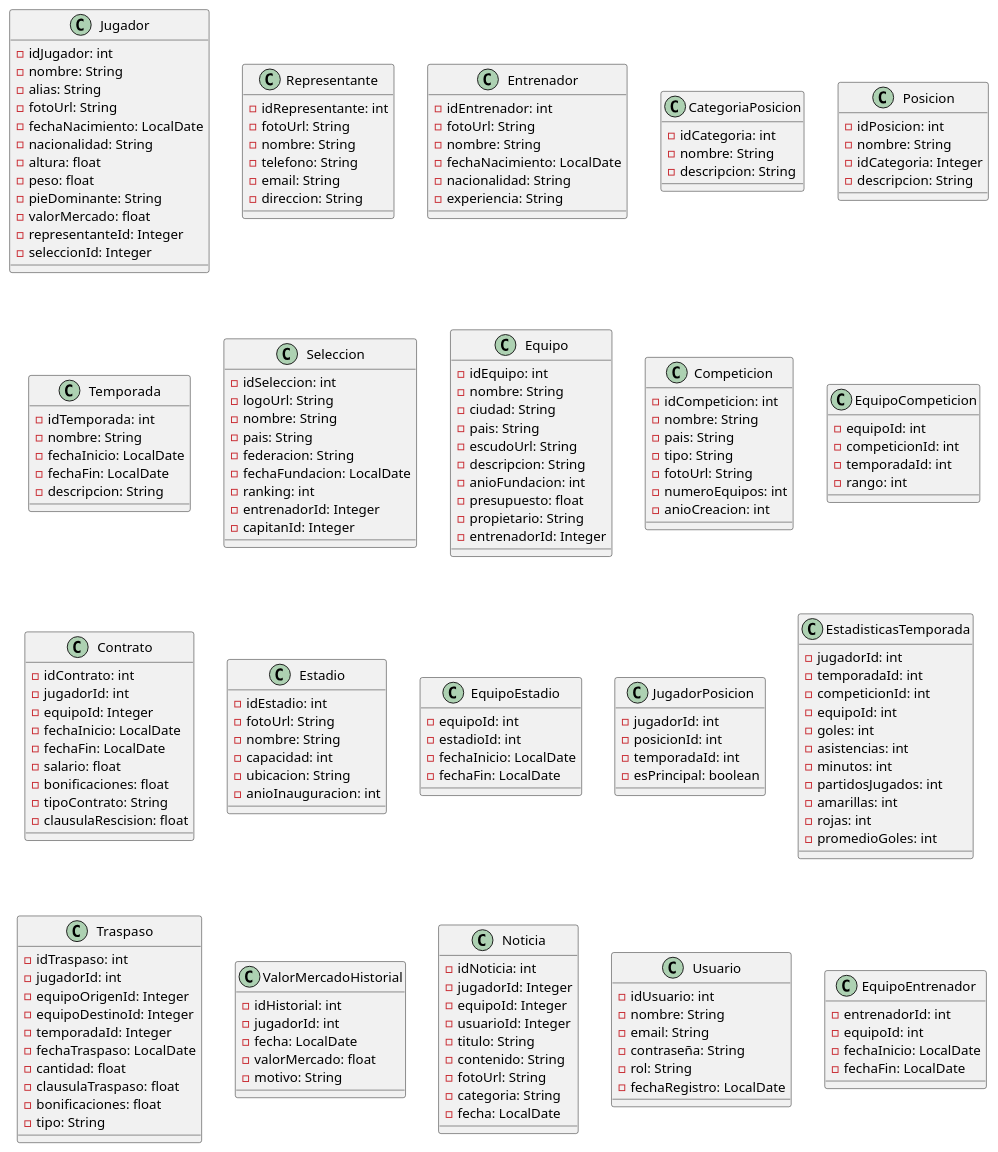
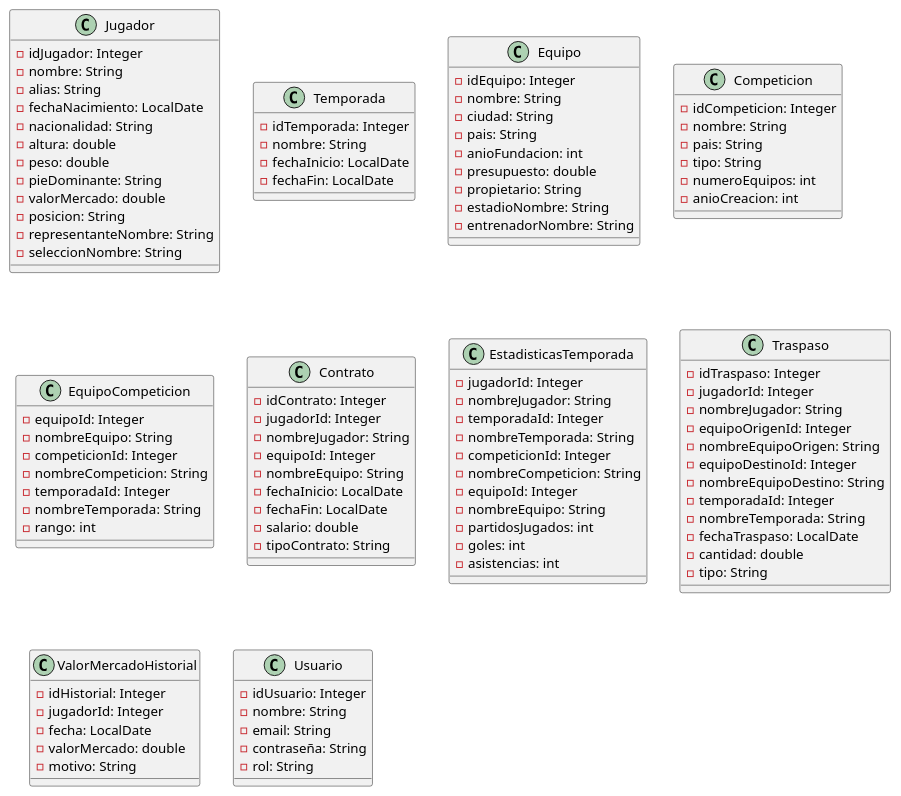
The diagram in trasnferdaw/design/diagramas/diagrama_de_clases/ClasesEntities.pu (IR-Play88/TransferDAW), drawn with PlantUML before and after one commit. The commit also changed 180 other files, not shown here.

```diff
--- a/trasnferdaw/design/diagramas/diagrama_de_clases/ClasesEntities.pu
+++ b/trasnferdaw/design/diagramas/diagrama_de_clases/ClasesEntities.pu
@@ -1,197 +1,114 @@
 @startuml entities
 
 class Jugador {
-    - idJugador: int
+    - idJugador: Integer
     - nombre: String
     - alias: String
-    - fotoUrl: String
     - fechaNacimiento: LocalDate
     - nacionalidad: String
-    - altura: float
-    - peso: float
+    - altura: double
+    - peso: double
     - pieDominante: String
-    - valorMercado: float
-    - representanteId: Integer
-    - seleccionId: Integer
-}
-
-class Representante {
-    - idRepresentante: int
-    - fotoUrl: String
-    - nombre: String
-    - telefono: String
-    - email: String
-    - direccion: String
-}
-
-class Entrenador {
-    - idEntrenador: int
-    - fotoUrl: String
-    - nombre: String
-    - fechaNacimiento: LocalDate
-    - nacionalidad: String
-    - experiencia: String
-}
-
-class CategoriaPosicion {
-    - idCategoria: int
-    - nombre: String
-    - descripcion: String
-}
-
-class Posicion {
-    - idPosicion: int
-    - nombre: String
-    - idCategoria: Integer
-    - descripcion: String
+    - valorMercado: double
+    - posicion: String
+    - representanteNombre: String
+    - seleccionNombre: String
 }
 
 class Temporada {
-    - idTemporada: int
+    - idTemporada: Integer
     - nombre: String
     - fechaInicio: LocalDate
     - fechaFin: LocalDate
-    - descripcion: String
-}
-
-class Seleccion {
-    - idSeleccion: int
-    - logoUrl: String
-    - nombre: String
-    - pais: String
-    - federacion: String
-    - fechaFundacion: LocalDate
-    - ranking: int
-    - entrenadorId: Integer
-    - capitanId: Integer
 }
 
 class Equipo {
-    - idEquipo: int
+    - idEquipo: Integer
     - nombre: String
     - ciudad: String
     - pais: String
-    - escudoUrl: String
-    - descripcion: String
     - anioFundacion: int
-    - presupuesto: float
+    - presupuesto: double
     - propietario: String
-    - entrenadorId: Integer
+    - estadioNombre: String
+    - entrenadorNombre: String
 }
 
 class Competicion {
-    - idCompeticion: int
+    - idCompeticion: Integer
     - nombre: String
     - pais: String
     - tipo: String
-    - fotoUrl: String
     - numeroEquipos: int
     - anioCreacion: int
 }
 
 class EquipoCompeticion {
-    - equipoId: int
-    - competicionId: int
-    - temporadaId: int
+    - equipoId: Integer
+    - nombreEquipo: String
+    - competicionId: Integer
+    - nombreCompeticion: String
+    - temporadaId: Integer
+    - nombreTemporada: String
     - rango: int
 }
 
 class Contrato {
-    - idContrato: int
-    - jugadorId: int
+    - idContrato: Integer
+    - jugadorId: Integer
+    - nombreJugador: String
     - equipoId: Integer
+    - nombreEquipo: String
     - fechaInicio: LocalDate
     - fechaFin: LocalDate
-    - salario: float
-    - bonificaciones: float
+    - salario: double
     - tipoContrato: String
-    - clausulaRescision: float
-}
-
-class Estadio {
-    - idEstadio: int
-    - fotoUrl: String
-    - nombre: String
-    - capacidad: int
-    - ubicacion: String
-    - anioInauguracion: int
-}
-
-class EquipoEstadio {
-    - equipoId: int
-    - estadioId: int
-    - fechaInicio: LocalDate
-    - fechaFin: LocalDate
-}
-
-class JugadorPosicion {
-    - jugadorId: int
-    - posicionId: int
-    - temporadaId: int
-    - esPrincipal: boolean
 }
 
 class EstadisticasTemporada {
-    - jugadorId: int
-    - temporadaId: int
-    - competicionId: int
-    - equipoId: int
+    - jugadorId: Integer
+    - nombreJugador: String
+    - temporadaId: Integer
+    - nombreTemporada: String
+    - competicionId: Integer
+    - nombreCompeticion: String
+    - equipoId: Integer
+    - nombreEquipo: String
+    - partidosJugados: int
     - goles: int
     - asistencias: int
-    - minutos: int
-    - partidosJugados: int
-    - amarillas: int
-    - rojas: int
-    - promedioGoles: int
 }
 
 class Traspaso {
-    - idTraspaso: int
-    - jugadorId: int
+    - idTraspaso: Integer
+    - jugadorId: Integer
+    - nombreJugador: String
     - equipoOrigenId: Integer
+    - nombreEquipoOrigen: String
     - equipoDestinoId: Integer
+    - nombreEquipoDestino: String
     - temporadaId: Integer
+    - nombreTemporada: String
     - fechaTraspaso: LocalDate
-    - cantidad: float
-    - clausulaTraspaso: float
-    - bonificaciones: float
+    - cantidad: double
     - tipo: String
 }
 
 class ValorMercadoHistorial {
-    - idHistorial: int
-    - jugadorId: int
+    - idHistorial: Integer
+    - jugadorId: Integer
     - fecha: LocalDate
-    - valorMercado: float
+    - valorMercado: double
     - motivo: String
 }
 
-class Noticia {
-    - idNoticia: int
-    - jugadorId: Integer
-    - equipoId: Integer
-    - usuarioId: Integer
-    - titulo: String
-    - contenido: String
-    - fotoUrl: String
-    - categoria: String
-    - fecha: LocalDate
-}
-
 class Usuario {
-    - idUsuario: int
+    - idUsuario: Integer
     - nombre: String
     - email: String
     - contraseña: String
     - rol: String
-    - fechaRegistro: LocalDate
 }
 
-class EquipoEntrenador {
-    - entrenadorId: int
-    - equipoId: int
-    - fechaInicio: LocalDate
-    - fechaFin: LocalDate
-}
 
 @enduml
```
